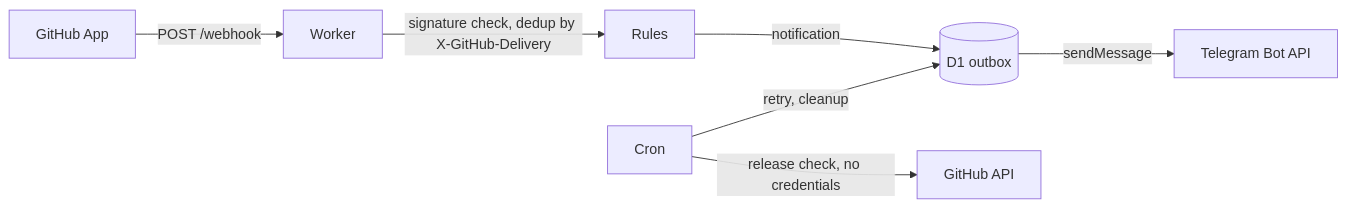
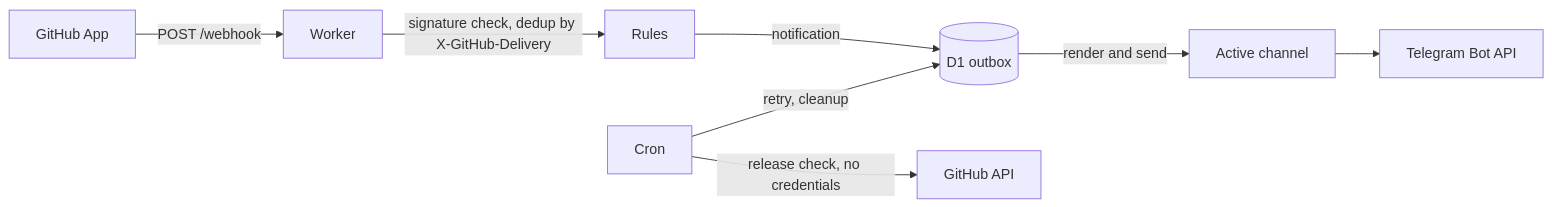
One commit to LarsLaskowski/Seluna changed the diagram in docs/ARCHITECTURE.md. Above: the diagram before and after it, drawn with Mermaid. The commit also changed other lines of this file and 55 other files, not shown here.

````diff
--- a/docs/ARCHITECTURE.md
+++ b/docs/ARCHITECTURE.md
@@ -27,9 +27,10 @@
 ```mermaid
 flowchart LR
   GH[GitHub App] -->|POST /webhook| W[Worker]
   W -->|signature check, dedup by X-GitHub-Delivery| R[Rules]
   R -->|notification| O[(D1 outbox)]
-  O -->|sendMessage| T[Telegram Bot API]
+  O -->|render and send| CH[Active channel]
+  CH --> T[Telegram Bot API]
   C[Cron] -->|retry, cleanup| O
   C -->|release check, no credentials| GA[GitHub API]
 ```
````
